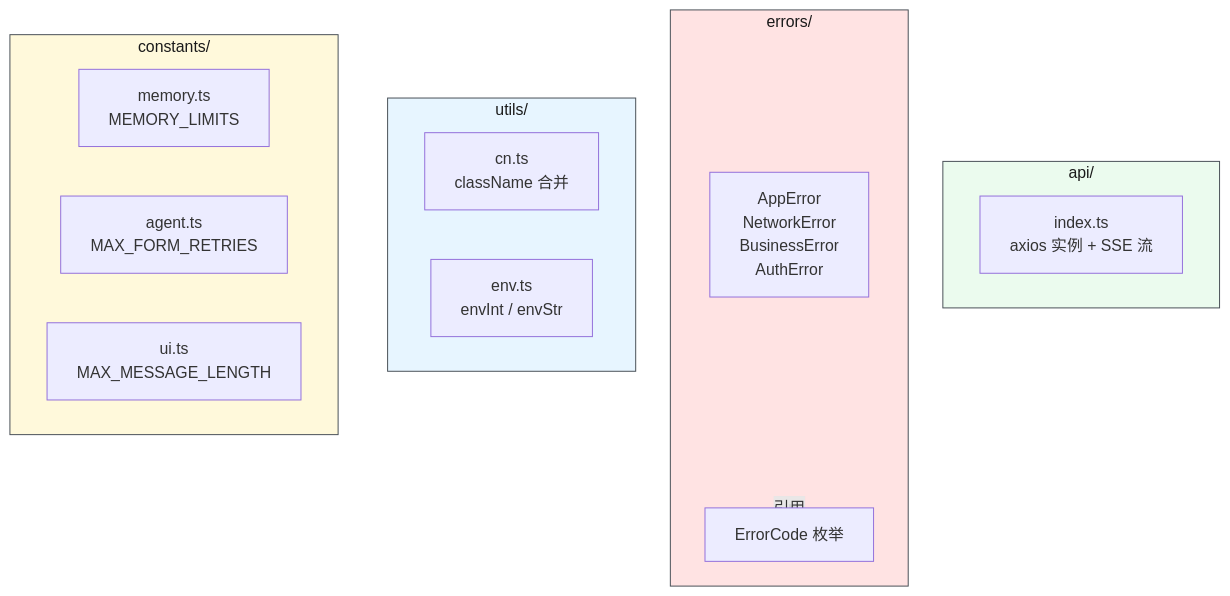
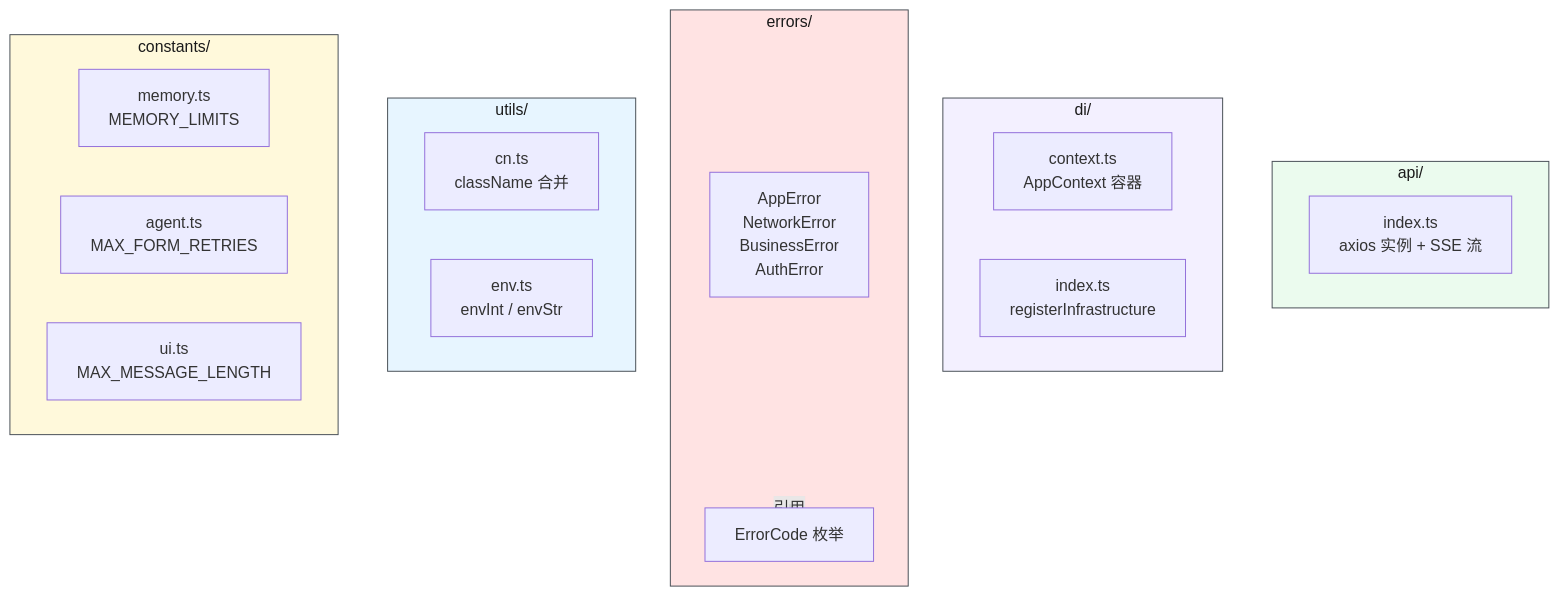
Before and after one commit to yjzaaa/leave-approval-agent: the first of 3 diagrams in src/infrastructure/CLAUDE.md, drawn with Mermaid. The commit also changed other lines of this file and 2 other files, not shown here.

````diff
--- a/src/infrastructure/CLAUDE.md
+++ b/src/infrastructure/CLAUDE.md
@@ -23,29 +24,35 @@
 ```mermaid
 graph TD
     subgraph API["api/"]
         Axios["index.ts<br/>axios 实例 + SSE 流"]
+    end
+
+    subgraph DI["di/"]
+        Context["context.ts<br/>AppContext 容器"]
+        RegFunc["index.ts<br/>registerInfrastructure"]
     end
 
     subgraph Errors["errors/"]
         AppError["AppError<br/>NetworkError<br/>BusinessError<br/>AuthError"]
         ErrorCode["ErrorCode 枚举"]
     end
 
     subgraph Utils["utils/"]
         Cn["cn.ts<br/>className 合并"]
         Env["env.ts<br/>envInt / envStr"]
     end
 
     subgraph Constants["constants/"]
         MemConst["memory.ts<br/>MEMORY_LIMITS"]
         AgentConst["agent.ts<br/>MAX_FORM_RETRIES"]
         UiConst["ui.ts<br/>MAX_MESSAGE_LENGTH"]
     end
 
     Errors -->|"引用"| ErrorCode
 
     style API fill:#ebfbee,stroke:#495057,color:#1a1a1a
+    style DI fill:#f3f0ff,stroke:#495057,color:#1a1a1a
     style Errors fill:#ffe3e3,stroke:#495057,color:#1a1a1a
     style Utils fill:#e7f5ff,stroke:#495057,color:#1a1a1a
     style Constants fill:#fff9db,stroke:#495057,color:#1a1a1a
 ```
````
